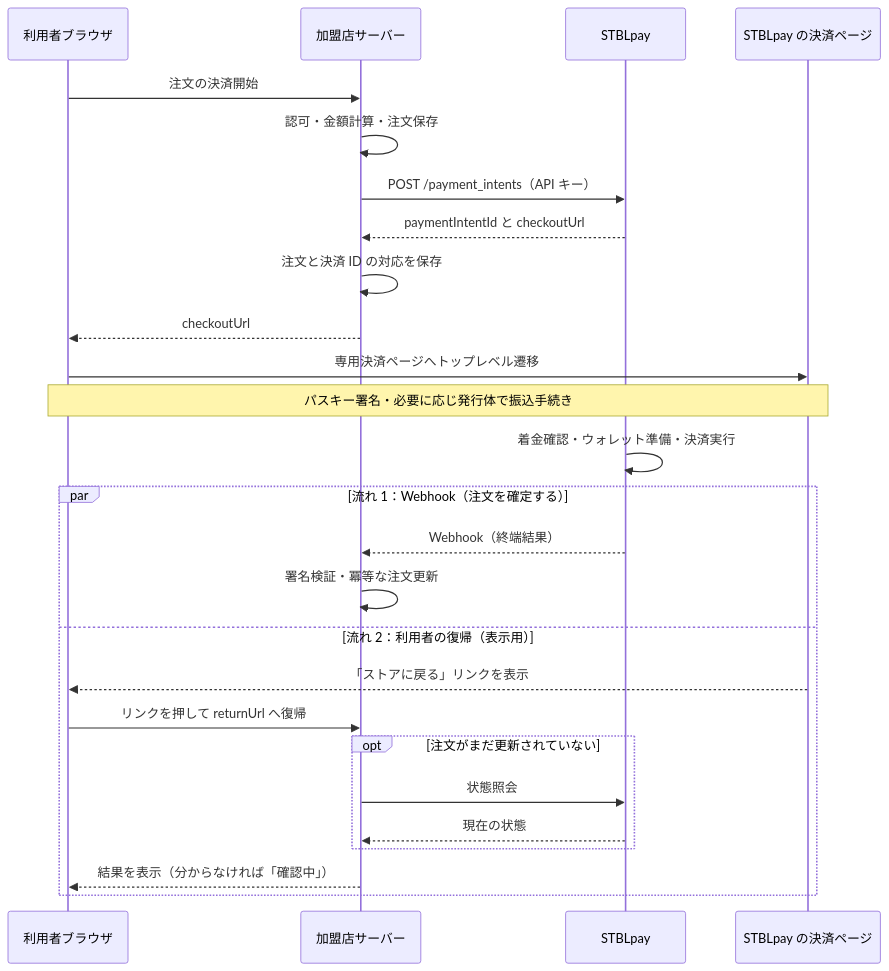
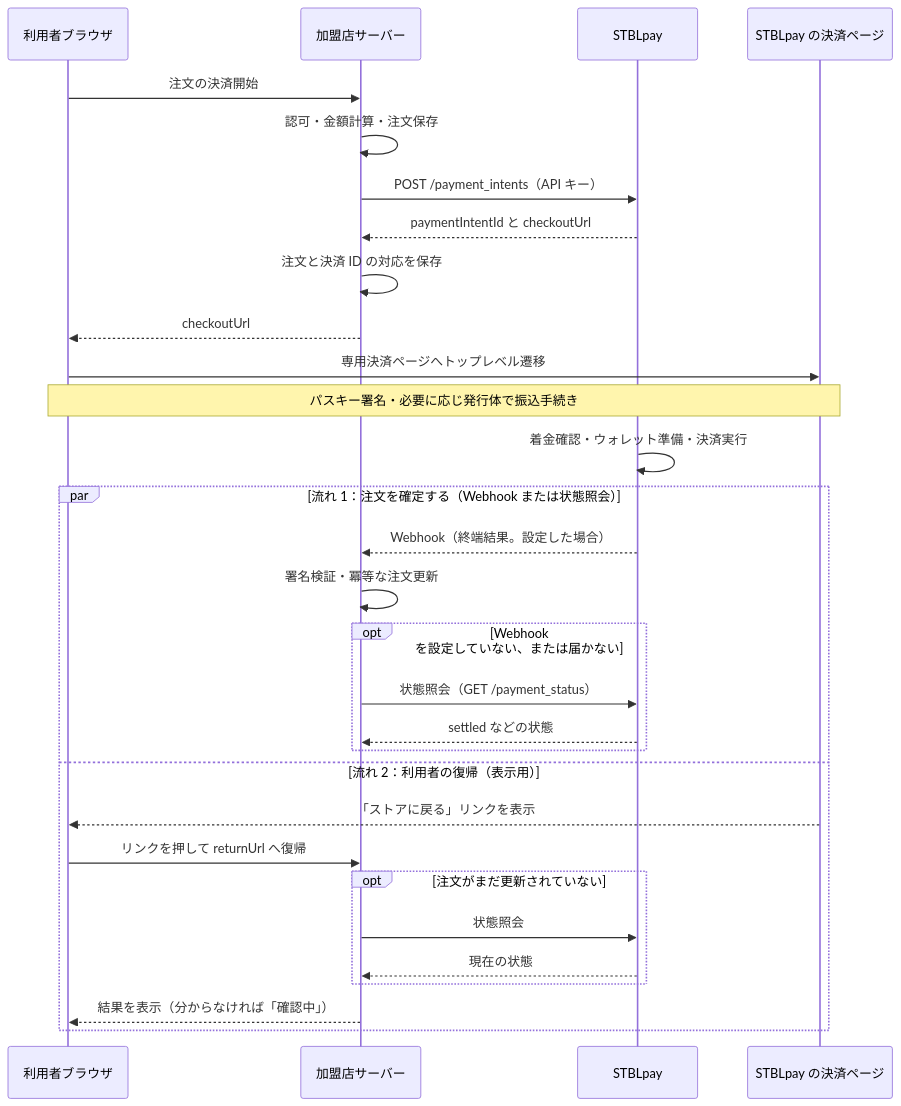
Before and after one commit to ango-ya/stbl-pay-site: the diagram in docs-site/docs/getting-started/payment-flow.md, drawn with Mermaid. The commit also changed other lines of this file and 4 other files, not shown here.

````diff
--- a/docs-site/docs/getting-started/payment-flow.md
+++ b/docs-site/docs/getting-started/payment-flow.md
@@ -11,28 +11,32 @@
 ```mermaid
 sequenceDiagram
     participant User as 利用者ブラウザ
     participant Shop as 加盟店サーバー
     participant Pay as STBLpay
     participant Page as STBLpay の決済ページ
     User->>Shop: 注文の決済開始
     Shop->>Shop: 認可・金額計算・注文保存
     Shop->>Pay: POST /payment_intents（API キー）
     Pay-->>Shop: paymentIntentId と checkoutUrl
     Shop->>Shop: 注文と決済 ID の対応を保存
     Shop-->>User: checkoutUrl
     User->>Page: 専用決済ページへトップレベル遷移
     Note over User,Page: パスキー署名・必要に応じ発行体で振込手続き
     Pay->>Pay: 着金確認・ウォレット準備・決済実行
-    par 流れ 1：Webhook（注文を確定する）
-        Pay-->>Shop: Webhook（終端結果）
+    par 流れ 1：注文を確定する（Webhook または状態照会）
+        Pay-->>Shop: Webhook（終端結果。設定した場合）
         Shop->>Shop: 署名検証・冪等な注文更新
+        opt Webhook を設定していない、または届かない
+            Shop->>Pay: 状態照会（GET /payment_status）
+            Pay-->>Shop: settled などの状態
+        end
     and 流れ 2：利用者の復帰（表示用）
         Page-->>User: 「ストアに戻る」リンクを表示
         User->>Shop: リンクを押して returnUrl へ復帰
         opt 注文がまだ更新されていない
             Shop->>Pay: 状態照会
             Pay-->>Shop: 現在の状態
         end
         Shop-->>User: 結果を表示（分からなければ「確認中」）
     end
 ```
````
